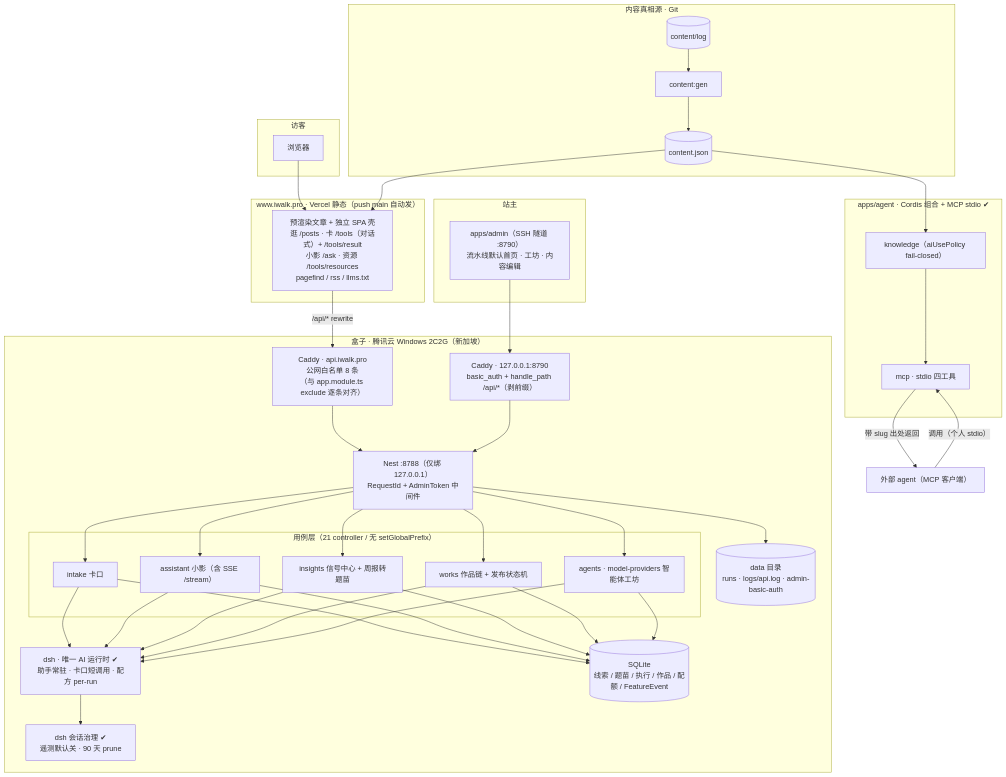
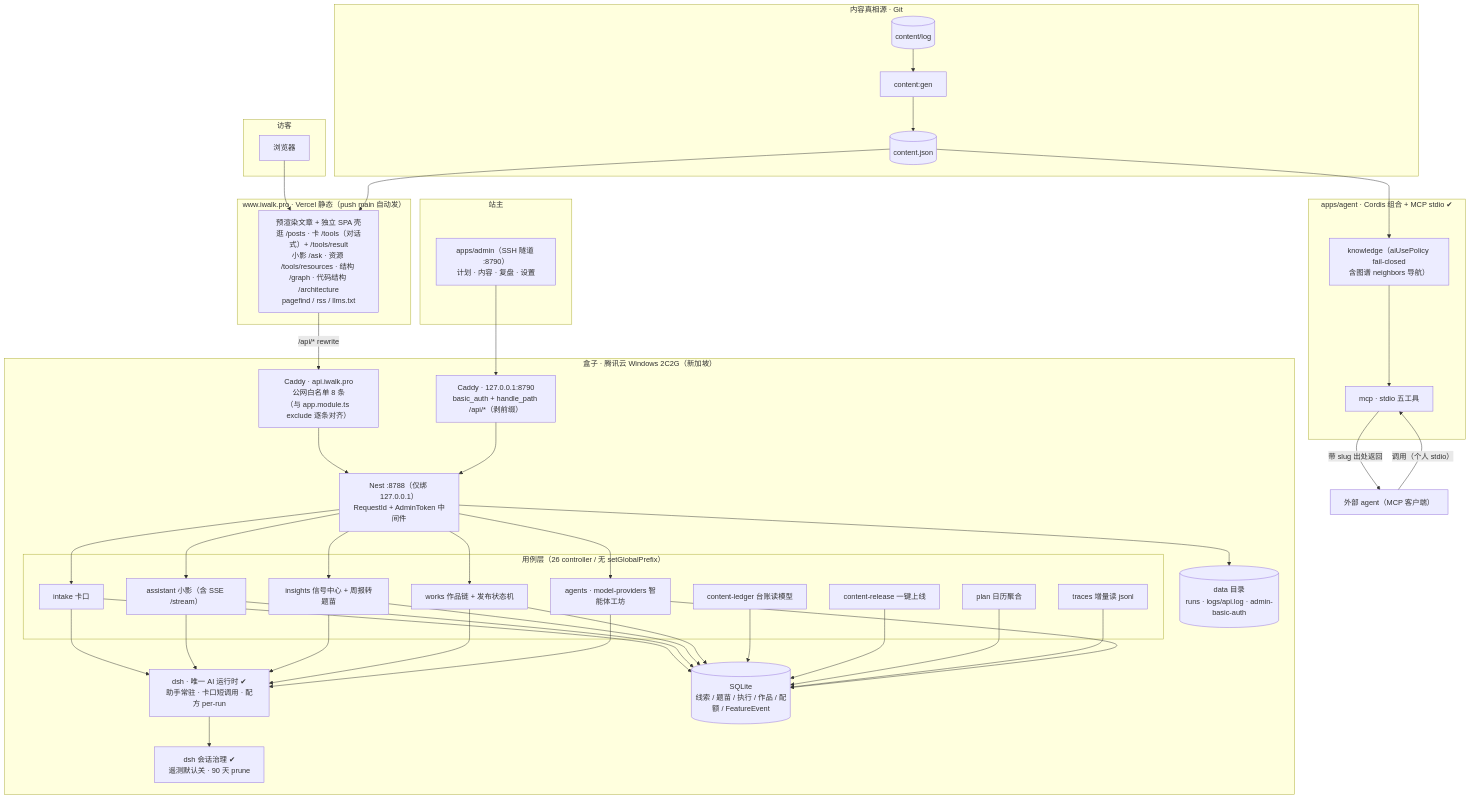
One commit to AdgaiWalker/AdgaiWalker changed the third of 6 diagrams in docs/ARCHITECTURE.md. Above: the diagram before and after it, drawn with Mermaid. The commit also changed other lines of this file and 356 other files, not shown here.

First line of the commit message:
feat(admin,api,shared): Agent 运营后台框架 + SQLite 基线与代码结构图谱

````diff
--- a/docs/ARCHITECTURE.md
+++ b/docs/ARCHITECTURE.md
@@ -11,57 +71,61 @@
 ```mermaid
 flowchart TB
     subgraph visitor["访客"]
         VB["浏览器"]
     end
 
     subgraph vercel["www.iwalk.pro · Vercel 静态（push main 自动发）"]
-        WEB["预渲染文章 + 独立 SPA 壳<br/>逛 /posts · 卡 /tools（对话式）+ /tools/result<br/>小影 /ask · 资源 /tools/resources<br/>pagefind / rss / llms.txt"]
+        WEB["预渲染文章 + 独立 SPA 壳<br/>逛 /posts · 卡 /tools（对话式）+ /tools/result<br/>小影 /ask · 资源 /tools/resources · 结构 /graph · 代码结构 /architecture<br/>pagefind / rss / llms.txt"]
     end
 
     subgraph box["盒子 · 腾讯云 Windows 2C2G（新加坡）"]
         CPUB["Caddy · api.iwalk.pro<br/>公网白名单 8 条<br/>（与 app.module.ts exclude 逐条对齐）"]
         CADM["Caddy · 127.0.0.1:8790<br/>basic_auth + handle_path /api/*（剥前缀）"]
         NEST["Nest :8788（仅绑 127.0.0.1）<br/>RequestId + AdminToken 中间件"]
-        subgraph usc["用例层（21 controller / 无 setGlobalPrefix）"]
+        subgraph usc["用例层（26 controller / 无 setGlobalPrefix）"]
             INTAKE["intake 卡口"]
             ASSIST["assistant 小影（含 SSE /stream）"]
             INSIGHT["insights 信号中心 + 周报转题苗"]
             PIPE["works 作品链 + 发布状态机"]
+            LEDGER["content-ledger 台账读模型"]
+            RELEASE["content-release 一键上线"]
+            PLAN["plan 日历聚合"]
+            TRACE["traces 增量读 jsonl"]
             WORKSHOP["agents · model-providers 智能体工坊"]
         end
         DSH["dsh · 唯一 AI 运行时 ✔<br/>助手常驻 · 卡口短调用 · 配方 per-run"]
         GOV["dsh 会话治理 ✔<br/>遥测默认关 · 90 天 prune"]
         DB[("SQLite<br/>线索 / 题苗 / 执行 / 作品 / 配额 / FeatureEvent")]
         DSKDATA[("data 目录<br/>runs · logs/api.log · admin-basic-auth")]
     end
 
     subgraph owner["站主"]
-        ADMIN["apps/admin（SSH 隧道 :8790）<br/>流水线默认首页 · 工坊 · 内容编辑"]
+        ADMIN["apps/admin（SSH 隧道 :8790）<br/>计划 · 内容 · 复盘 · 设置"]
     end
 
     subgraph gitc["内容真相源 · Git"]
         LOG[("content/log")]
         GEN["content:gen"]
         CJ[("content.json")]
     end
 
     subgraph agentx["apps/agent · Cordis 组合 + MCP stdio ✔"]
-        K["knowledge（aiUsePolicy fail-closed）"]
-        M["mcp · stdio 四工具"]
+        K["knowledge（aiUsePolicy fail-closed<br/>含图谱 neighbors 导航）"]
+        M["mcp · stdio 五工具"]
     end
 
     EXT["外部 agent（MCP 客户端）"]
 
     VB --> WEB
     WEB -->|"/api/* rewrite"| CPUB --> NEST
     ADMIN --> CADM --> NEST
     NEST --> INTAKE & ASSIST & INSIGHT & PIPE & WORKSHOP
     INTAKE & ASSIST & INSIGHT & PIPE & WORKSHOP --> DSH
-    INTAKE & ASSIST & INSIGHT & PIPE & WORKSHOP --> DB
+    INTAKE & ASSIST & INSIGHT & PIPE & LEDGER & RELEASE & PLAN & TRACE & WORKSHOP --> DB
     NEST --> DSKDATA
     DSH --> GOV
     LOG --> GEN --> CJ --> WEB
     CJ --> K --> M
     EXT -->|"调用（个人 stdio）"| M
     M -->|"带 slug 出处返回"| EXT
 ```
````
